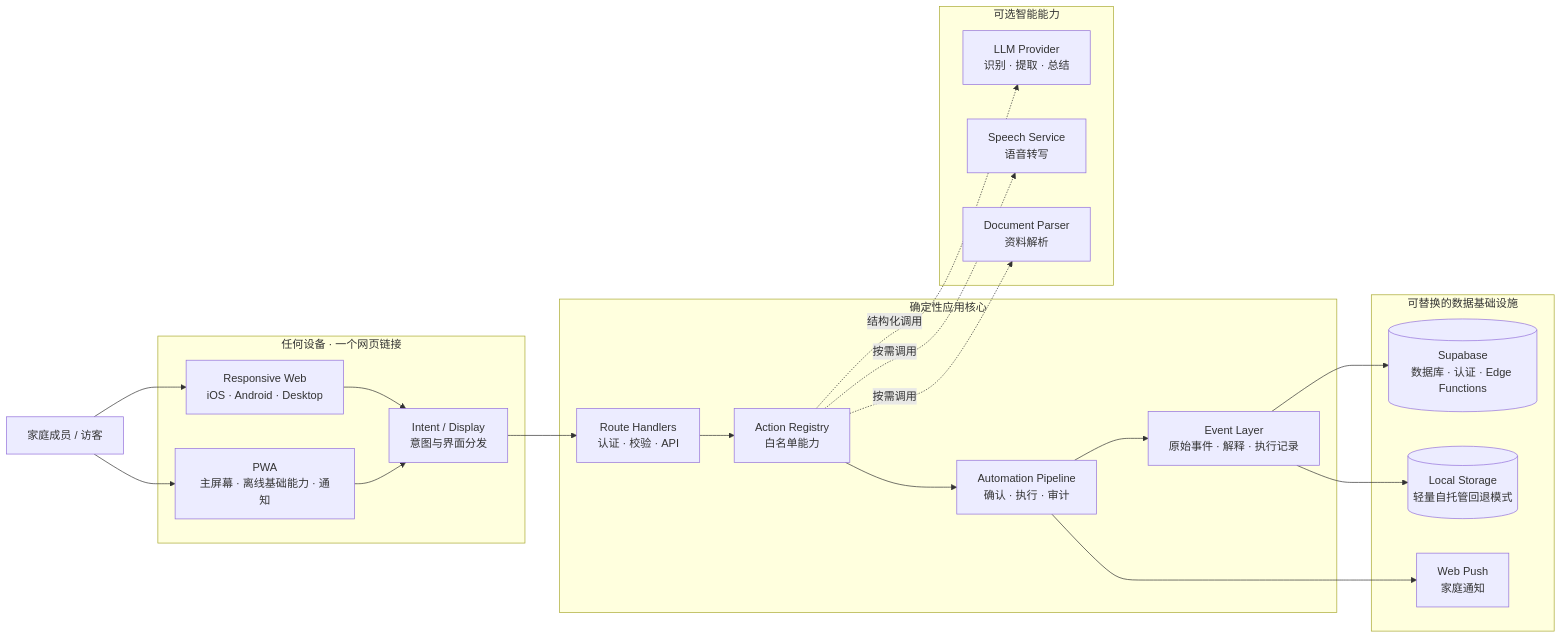
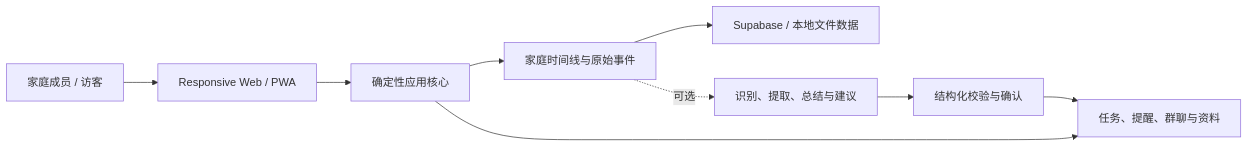
One commit to sujianleo/Family changed the second of 2 diagrams in README.md. Above: the diagram before and after it, drawn with Mermaid. The commit also changed other lines of this file, not shown here.

````diff
--- a/README.md
+++ b/README.md
@@ -143,44 +248,11 @@
 ```mermaid
 flowchart LR
-    USER["家庭成员 / 访客"]
-
-    subgraph CLIENT["任何设备 · 一个网页链接"]
-        WEB["Responsive Web<br/>iOS · Android · Desktop"]
-        PWA["PWA<br/>主屏幕 · 离线基础能力 · 通知"]
-        DISPLAY["Intent / Display<br/>意图与界面分发"]
-    end
-
-    subgraph CORE["确定性应用核心"]
-        API["Route Handlers<br/>认证 · 校验 · API"]
-        REGISTRY["Action Registry<br/>白名单能力"]
-        PIPELINE["Automation Pipeline<br/>确认 · 执行 · 审计"]
-        EVENTS["Event Layer<br/>原始事件 · 解释 · 执行记录"]
-    end
-
-    subgraph DATA["可替换的数据基础设施"]
-        SUPABASE[("Supabase<br/>数据库 · 认证 · Edge Functions")]
-        FILES[("Local Storage<br/>轻量自托管回退模式")]
-        PUSH["Web Push<br/>家庭通知"]
-    end
-
-    subgraph AI["可选智能能力"]
-        LLM["LLM Provider<br/>识别 · 提取 · 总结"]
-        SPEECH["Speech Service<br/>语音转写"]
-        PARSER["Document Parser<br/>资料解析"]
-    end
-
-    USER --> WEB
-    USER --> PWA
-    WEB --> DISPLAY
-    PWA --> DISPLAY
-    DISPLAY --> API
-    API --> REGISTRY
-    REGISTRY --> PIPELINE
-    PIPELINE --> EVENTS
-    EVENTS --> SUPABASE
-    EVENTS --> FILES
-    PIPELINE --> PUSH
-    REGISTRY -. "结构化调用" .-> LLM
-    REGISTRY -. "按需调用" .-> SPEECH
-    REGISTRY -. "按需调用" .-> PARSER
+    U["家庭成员 / 访客"] --> UI["Responsive Web / PWA"]
+    UI --> CORE["确定性应用核心"]
+    CORE --> EVENTS["家庭时间线与原始事件"]
+    EVENTS --> DATA["Supabase / 本地文件数据"]
+    CORE --> ACTION["任务、提醒、群聊与资料"]
+    EVENTS -. "可选" .-> AI["识别、提取、总结与建议"]
+    AI --> CHECK["结构化校验与确认"]
+    CHECK --> ACTION
 ```
````
